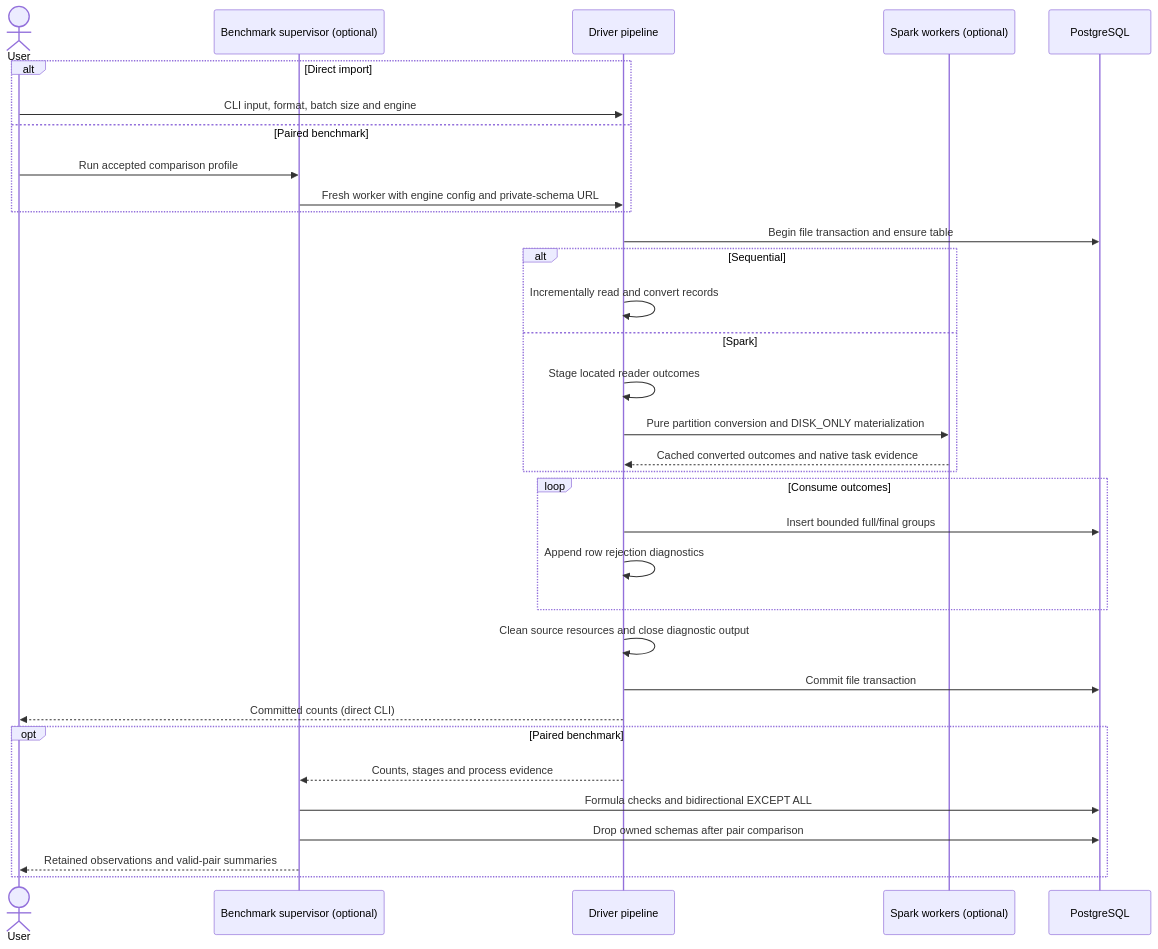
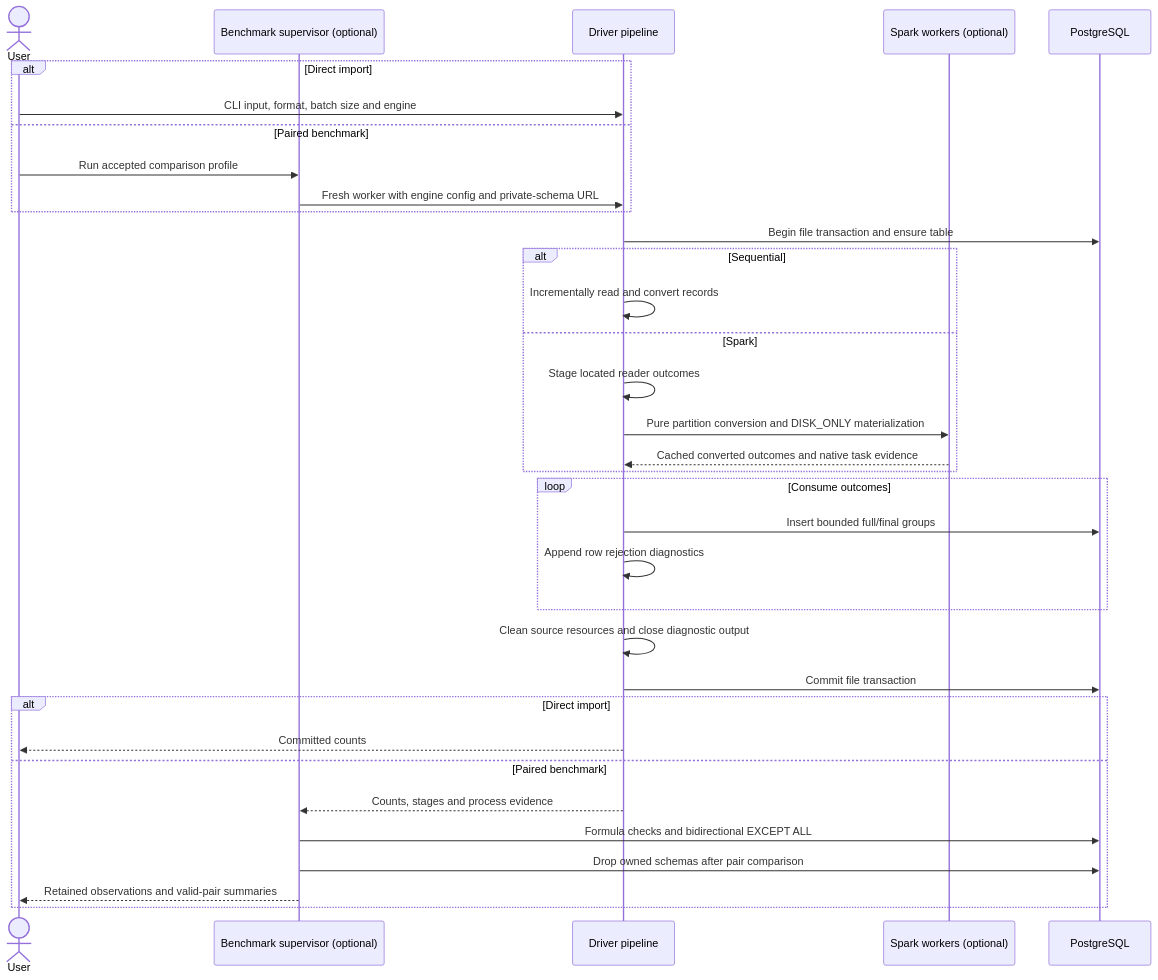
Before and after one commit to hhhhhusky777/claims-data-lab: the first of 3 diagrams in .github/spec-driven-delivery/implementation-plan.md, drawn with Mermaid. The commit also changed other lines of this file, not shown here.

Commit message:
Clarify direct and benchmark flow labels

````diff
--- a/.github/spec-driven-delivery/implementation-plan.md
+++ b/.github/spec-driven-delivery/implementation-plan.md
@@ -120,35 +120,36 @@
 ```mermaid
 sequenceDiagram
     actor User
     participant B as Benchmark supervisor (optional)
     participant P as Driver pipeline
     participant S as Spark workers (optional)
     participant PG as PostgreSQL
     alt Direct import
         User->>P: CLI input, format, batch size and engine
     else Paired benchmark
         User->>B: Run accepted comparison profile
         B->>P: Fresh worker with engine config and private-schema URL
     end
     P->>PG: Begin file transaction and ensure table
     alt Sequential
         P->>P: Incrementally read and convert records
     else Spark
         P->>P: Stage located reader outcomes
         P->>S: Pure partition conversion and DISK_ONLY materialization
         S-->>P: Cached converted outcomes and native task evidence
     end
     loop Consume outcomes
         P->>PG: Insert bounded full/final groups
         P->>P: Append row rejection diagnostics
     end
     P->>P: Clean source resources and close diagnostic output
     P->>PG: Commit file transaction
-    P-->>User: Committed counts (direct CLI)
-    opt Paired benchmark
+    alt Direct import
+        P-->>User: Committed counts
+    else Paired benchmark
         P-->>B: Counts, stages and process evidence
         B->>PG: Formula checks and bidirectional EXCEPT ALL
         B->>PG: Drop owned schemas after pair comparison
         B-->>User: Retained observations and valid-pair summaries
     end
 ```
````
